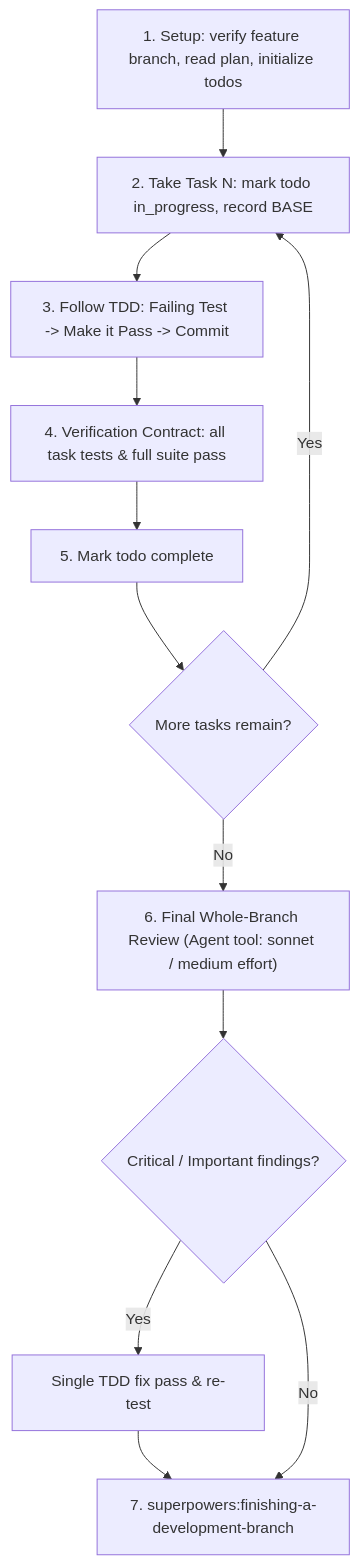
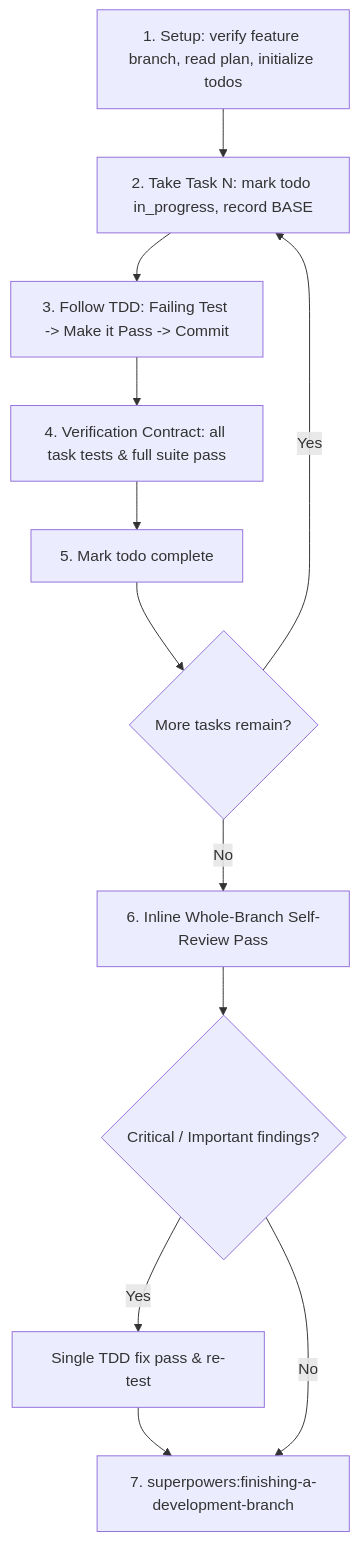
The diagram in skills/executing-plans/SKILL.md (duwscan/superpowers), drawn with Mermaid before and after one commit. The commit also changed other lines of this file and 23 other files, not shown here.

Commit message:
feat: eliminate subagents, enforce single-session workflow, and add executing-plans command with auto sonnet medium

````diff
--- a/skills/executing-plans/SKILL.md
+++ b/skills/executing-plans/SKILL.md
@@ -33,14 +33,14 @@
 ```mermaid
 flowchart TD
     Setup["1. Setup: verify feature branch, read plan, initialize todos"] --> TakeTask["2. Take Task N: mark todo in_progress, record BASE"]
     TakeTask --> TDD["3. Follow TDD: Failing Test -> Make it Pass -> Commit"]
     TDD --> Verify["4. Verification Contract: all task tests & full suite pass"]
     Verify --> MarkDone["5. Mark todo complete"]
     MarkDone --> MoreTasks{"More tasks remain?"}
     MoreTasks -->|Yes| TakeTask
-    MoreTasks -->|No| FinalReview["6. Final Whole-Branch Review (Agent tool: sonnet / medium effort)"]
+    MoreTasks -->|No| FinalReview["6. Inline Whole-Branch Self-Review Pass"]
     FinalReview --> Fixes{"Critical / Important findings?"}
     Fixes -->|Yes| OneFixPass["Single TDD fix pass & re-test"]
     OneFixPass --> Finish["7. superpowers:finishing-a-development-branch"]
     Fixes -->|No| Finish
 ```
````
